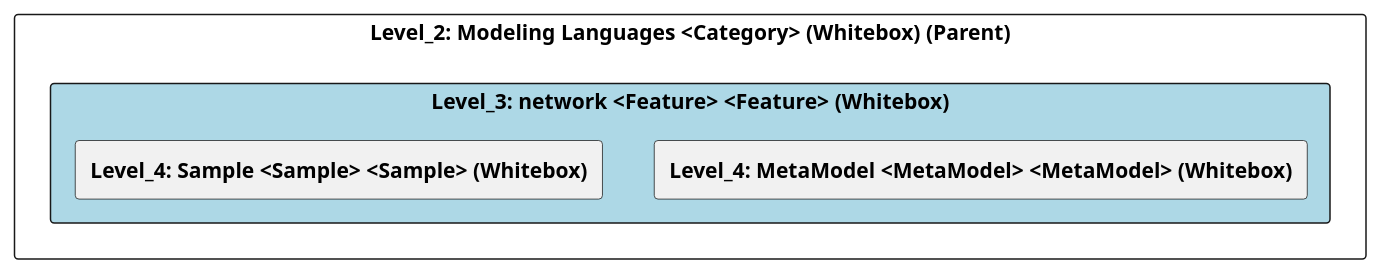
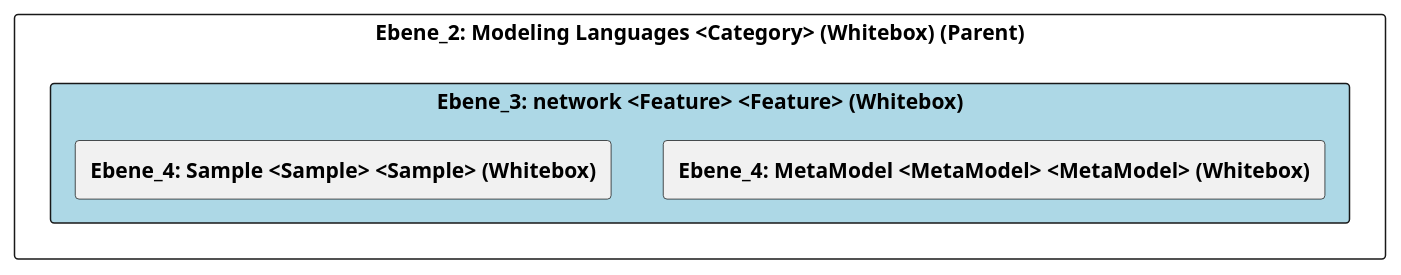
One commit to marcozwyssig/cleon changed the diagram in doc/cleonproject_deliverables_architecture_model_architecture/adoc/de/05_bausteinsicht/cleon/modeling_languages/network/ebene_3_network.adoc. Above: the diagram before and after it, drawn with PlantUML. The commit also changed other lines of this file and 258 other files, not shown here.

```diff
--- a/doc/cleonproject_deliverables_architecture_model_architecture/adoc/de/05_bausteinsicht/cleon/modeling_languages/network/ebene_3_network.adoc
+++ b/doc/cleonproject_deliverables_architecture_model_architecture/adoc/de/05_bausteinsicht/cleon/modeling_languages/network/ebene_3_network.adoc
@@ -24,25 +24,25 @@
-[plantuml, Level_3: network <Feature> <Feature> (Whitebox)BlockOverview, format="svg"]
+[plantuml, Ebene_3: network <Feature> <Feature> (Whitebox)BlockOverview, format="svg"]
 ----
-@startuml Level_3: network <Feature> <Feature> (Whitebox)BuildingBlockOverview
+@startuml Ebene_3: network <Feature> <Feature> (Whitebox)BuildingBlockOverview
 
 skinparam ranksep 10
 skinparam componentStyle rectangle
 skinparam shadowing false
 skinparam arrowColor lightblue
 skinparam arrowThickness 1.2
 skinparam rectangle {
   BackgroundColor White
   BorderColor #333
   RoundCorner 10
 }
 top to bottom direction
 
-component "Level_2: Modeling Languages <Category> (Whitebox) (Parent)" {
-    component "Level_3: network <Feature> <Feature> (Whitebox)" #lightblue {
-        [**Level_4: MetaModel <MetaModel> <MetaModel> (Whitebox)**] as 4A570572_D579_11EE_903E_9F564E4DE07E
-        [**Level_4: Sample <Sample> <Sample> (Whitebox)**] as 4A56DE48_D579_11EE_903E_9F564E4DE07E
+component "Ebene_2: Modeling Languages <Category> (Whitebox) (Parent)" {
+    component "Ebene_3: network <Feature> <Feature> (Whitebox)" #lightblue {
+        [**Ebene_4: MetaModel <MetaModel> <MetaModel> (Whitebox)**] as 4A570572_D579_11EE_903E_9F564E4DE07E
+        [**Ebene_4: Sample <Sample> <Sample> (Whitebox)**] as 4A56DE48_D579_11EE_903E_9F564E4DE07E
     }
 }
 
 @enduml
 ----
```
